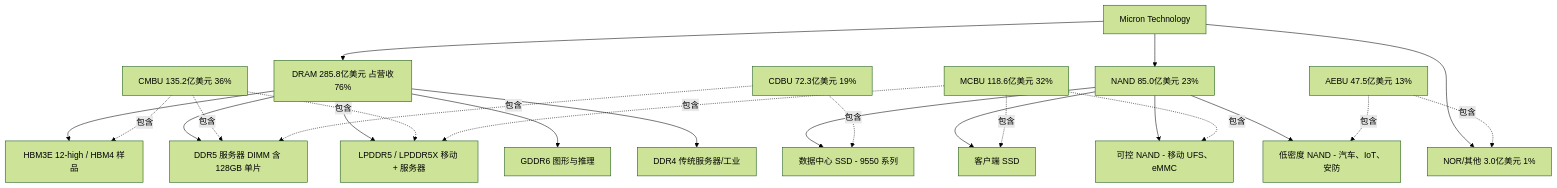
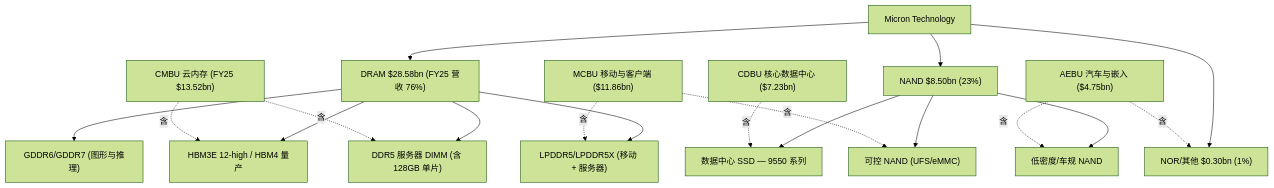
The second of 4 diagrams in reports/company/Micron_NASDAQ_MU/Micron_NASDAQ_MU_公司研究.md (dadachundan/financial_agent), drawn with Mermaid (forest theme) before and after one commit. The commit also changed other lines of this file, not shown here.

First line of the commit message:
feat(company-research): refresh Micron (MU) — FQ2-FY2026 actuals + decision layer

````diff
--- a/reports/company/Micron_NASDAQ_MU/Micron_NASDAQ_MU_公司研究.md
+++ b/reports/company/Micron_NASDAQ_MU/Micron_NASDAQ_MU_公司研究.md
@@ -139,25 +357,20 @@
 ```mermaid
 graph TD
-    Micron[Micron Technology] --> DRAM[DRAM 285.8亿美元 占营收76%]
-    Micron --> NAND[NAND 85.0亿美元 23%]
-    Micron --> NOR[NOR/其他 3.0亿美元 1%]
-    DRAM --> HBM[HBM3E 12-high / HBM4 样品]
-    DRAM --> DDR5[DDR5 服务器 DIMM 含 128GB 单片]
-    DRAM --> LPDDR5[LPDDR5 / LPDDR5X 移动 + 服务器]
-    DRAM --> GDDR6[GDDR6 图形与推理]
-    DRAM --> DDR4[DDR4 传统服务器/工业]
-    NAND --> DC_SSD[数据中心 SSD - 9550 系列]
-    NAND --> Client_SSD[客户端 SSD]
-    NAND --> Managed_NAND[可控 NAND - 移动 UFS、eMMC]
-    NAND --> LowDensity[低密度 NAND - 汽车、IoT、安防]
-    CMBU[CMBU 135.2亿美元 36%] -.包含.-> HBM
-    CMBU -.包含.-> DDR5
-    CMBU -.包含.-> LPDDR5
-    CDBU[CDBU 72.3亿美元 19%] -.包含.-> DC_SSD
-    CDBU -.包含.-> DDR5
-    MCBU[MCBU 118.6亿美元 32%] -.包含.-> LPDDR5
-    MCBU -.包含.-> Client_SSD
-    MCBU -.包含.-> Managed_NAND
-    AEBU[AEBU 47.5亿美元 13%] -.包含.-> LowDensity
-    AEBU -.包含.-> NOR
+    Micron[Micron Technology] --> DRAM["DRAM $28.58bn (FY25 营收 76%)"]
+    Micron --> NAND["NAND $8.50bn (23%)"]
+    Micron --> NOR["NOR/其他 $0.30bn (1%)"]
+    DRAM --> HBM["HBM3E 12-high / HBM4 量产"]
+    DRAM --> DDR5["DDR5 服务器 DIMM (含 128GB 单片)"]
+    DRAM --> LPDDR5["LPDDR5/LPDDR5X (移动 + 服务器)"]
+    DRAM --> GDDR["GDDR6/GDDR7 (图形与推理)"]
+    NAND --> DC_SSD["数据中心 SSD — 9550 系列"]
+    NAND --> Managed["可控 NAND (UFS/eMMC)"]
+    NAND --> LowDensity["低密度/车规 NAND"]
+    CMBU["CMBU 云内存 (FY25 $13.52bn)"] -.含.-> HBM
+    CMBU -.含.-> DDR5
+    CDBU["CDBU 核心数据中心 ($7.23bn)"] -.含.-> DC_SSD
+    MCBU["MCBU 移动与客户端 ($11.86bn)"] -.含.-> LPDDR5
+    MCBU -.含.-> Managed
+    AEBU["AEBU 汽车与嵌入 ($4.75bn)"] -.含.-> LowDensity
+    AEBU -.含.-> NOR
 ```
````
